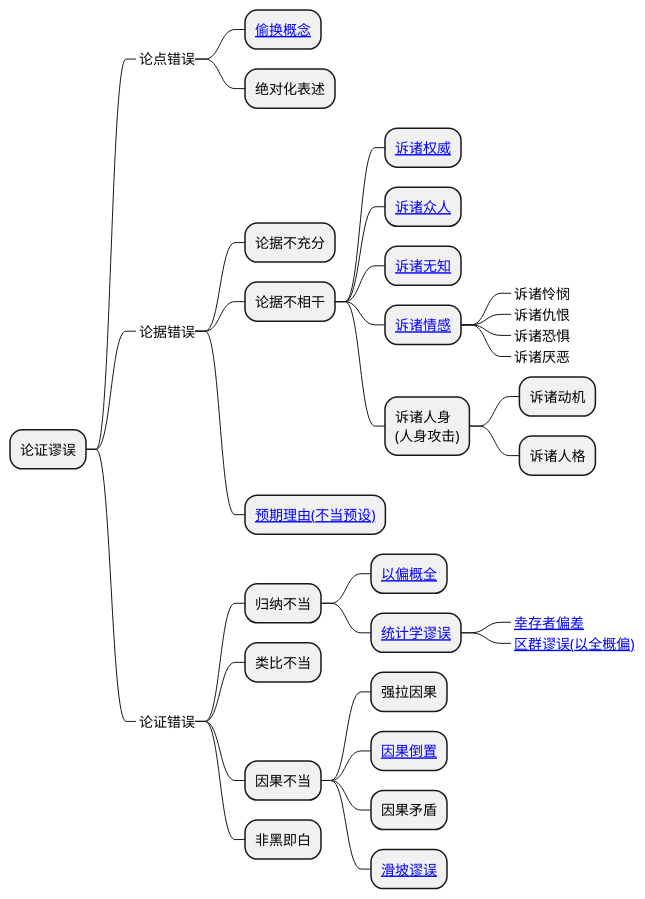
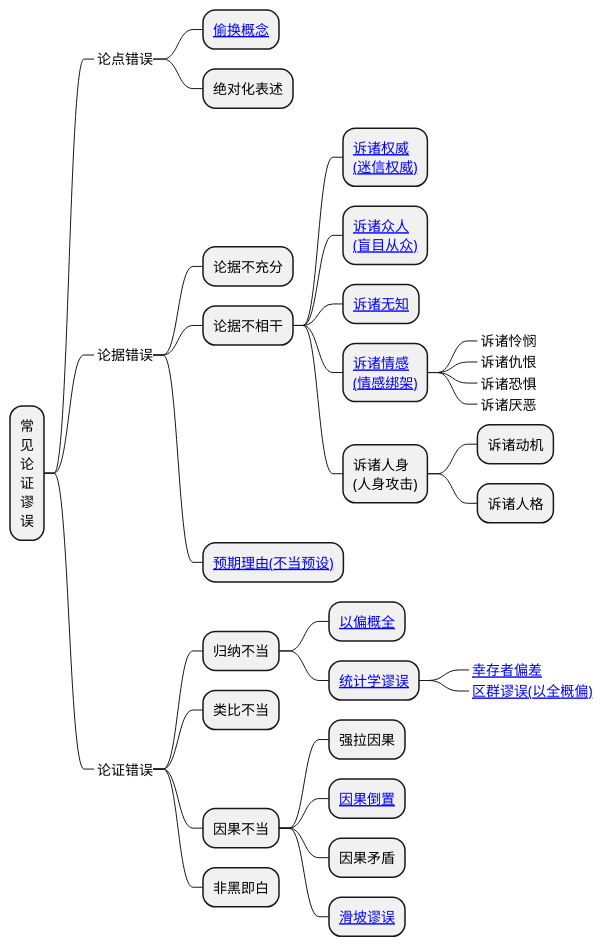
One commit to holmofy/blog.hufeifei.cn changed the fifth of 5 diagrams in source/_posts/logic/logic.md. Above: the diagram before and after it, drawn with PlantUML.

````diff
--- a/source/_posts/logic/logic.md
+++ b/source/_posts/logic/logic.md
@@ -156,36 +156,36 @@
 ```plantuml
 @startmindmap
-* 论证谬误
+* 常\n见\n论\n证\n谬\n误
 **_ 论点错误
 *** [[https://baike.baidu.com/item/偷换概念/6714008 偷换概念]]
 *** 绝对化表述
 **_ 论据错误
 *** 论据不充分
 *** 论据不相干
-**** [[https://baike.baidu.com/item/诉诸权威 诉诸权威]]
-**** [[https://baike.baidu.com/item/诉诸大众 诉诸众人]]
+**** [[https://baike.baidu.com/item/诉诸权威 诉诸权威\n(迷信权威)]]
+**** [[https://baike.baidu.com/item/诉诸大众 诉诸众人\n(盲目从众)]]
 **** [[https://baike.baidu.com/item/诉诸无知 诉诸无知]]
-**** [[https://baike.baidu.com/item/诉诸情感 诉诸情感]]
+**** [[https://baike.baidu.com/item/诉诸情感 诉诸情感\n(情感绑架)]]
 *****_ 诉诸怜悯
 *****_ 诉诸仇恨
 *****_ 诉诸恐惧
 *****_ 诉诸厌恶
 **** 诉诸人身\n(人身攻击)
 ***** 诉诸动机
 ***** 诉诸人格
 *** [[https://baike.baidu.com/item/预期理由 预期理由(不当预设)]]
 **_ 论证错误
 *** 归纳不当
 **** [[https://baike.baidu.com/item/以偏概全 以偏概全]]
 **** [[https://baike.baidu.com/item/统计陷阱/3778566 统计学谬误]]
 *****_ [[https://baike.baidu.com/item/幸存者偏差/10313799 幸存者偏差]]
 *****_ [[https://baike.baidu.com/item/区群谬误 区群谬误(以全概偏)]]
 *** 类比不当
 *** 因果不当
 **** 强拉因果
 **** [[https://baike.baidu.com/item/因果倒置 因果倒置]]
 **** 因果矛盾
 **** [[https://baike.baidu.com/item/滑坡谬误 滑坡谬误]]
 *** 非黑即白
 @endmindmap
 ```
````
